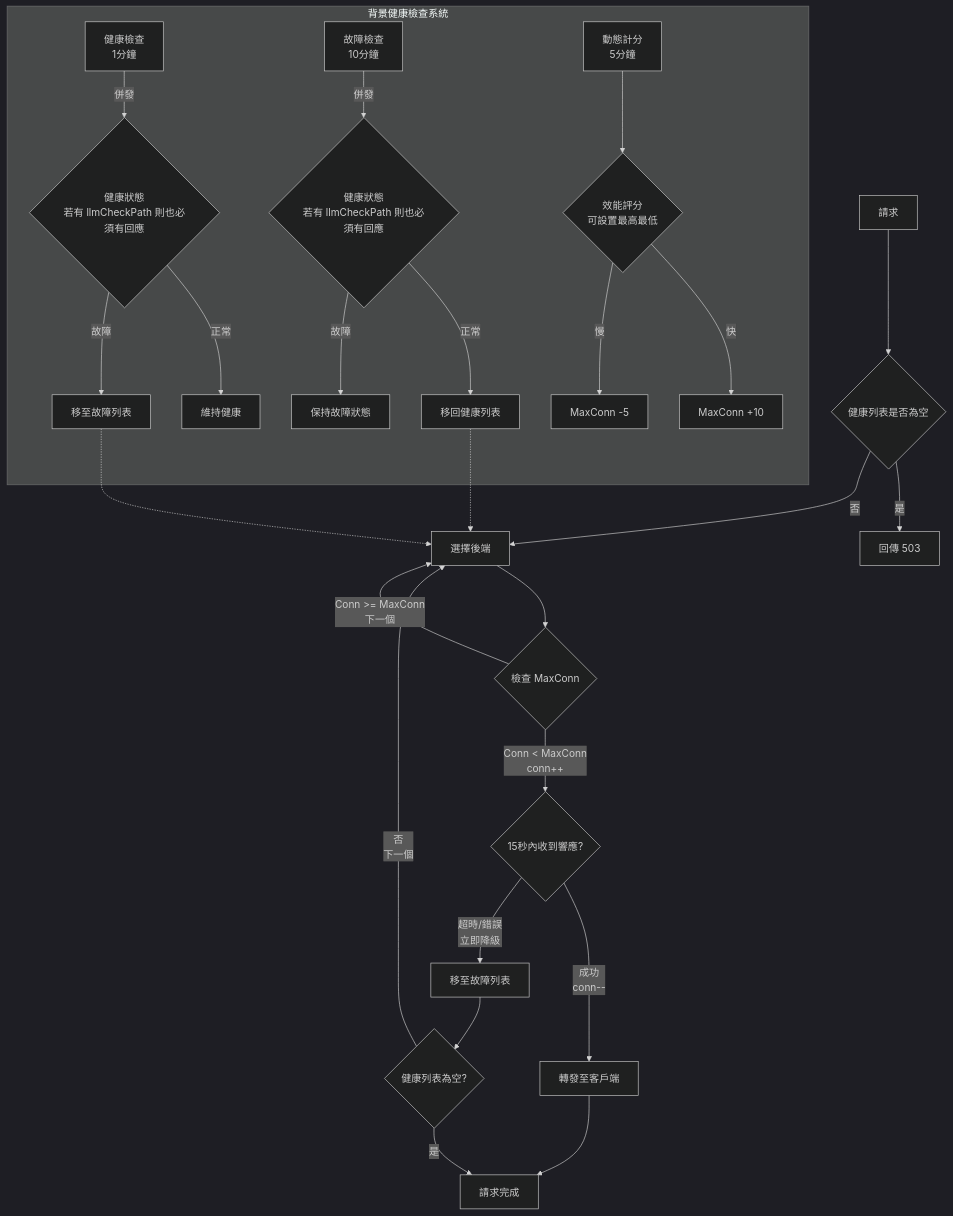
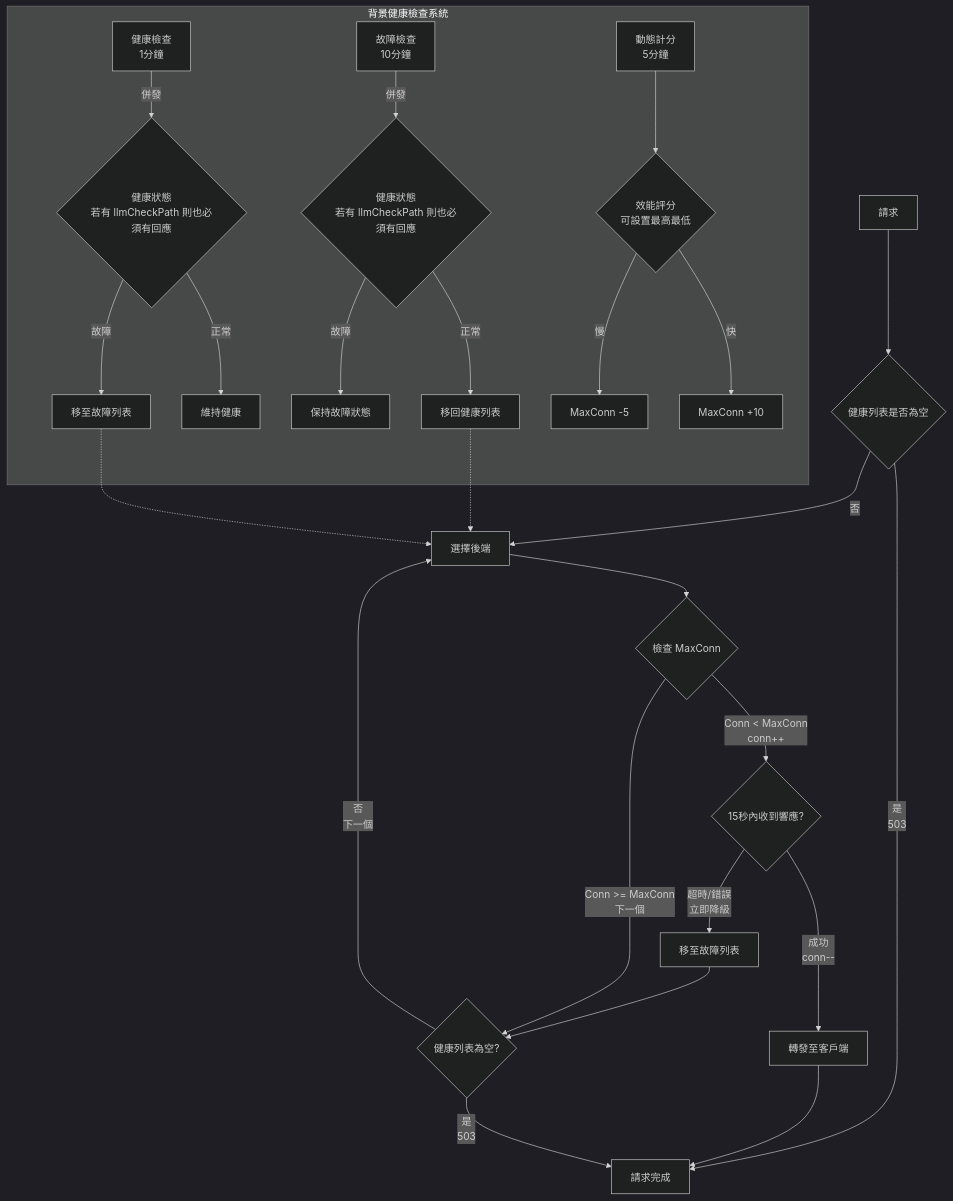
One commit to pardnchiu/LBARS changed the diagram in README.md. Above: the diagram before and after it, drawn with Mermaid (dark theme). The commit also changed other lines of this file, not shown here.

````diff
--- a/README.md
+++ b/README.md
@@ -12,40 +11,40 @@
 ```mermaid
 graph TD
  A[請求] --> B{健康列表是否為空}
- B -->|是| B1[回傳 503]
+ B -->|是<br>503| Z[請求完成]
  B -->|否| B2[選擇後端]
  
  B2 --> C{檢查 MaxConn}
  C -->|Conn < MaxConn<br>conn++| C1{15秒內收到響應?}
- C -->|Conn >= MaxConn<br>下一個| B2
+ C -->|Conn >= MaxConn<br>下一個| D
  
  C1 -->|成功<br/>conn--| C11[轉發至客戶端]
  C1 -->|超時/錯誤<br/>立即降級| C12[移至故障列表]
  
  C12 --> D{健康列表為空?}
  D -->|否<br>下一個| B2
- D -->|是| Z
+ D -->|是<br>503| Z
  
- C11 --> Z[請求完成]
+ C11 --> Z
  
  JJ -.-> B2
  NN -.-> B2
  
  subgraph "背景健康檢查系統"
  DD[健康檢查<br/>1分鐘]
  EE[故障檢查<br/>10分鐘]
  GG[動態計分<br/>5分鐘]
  
  DD -->|併發| HH{健康狀態<br>若有 llmCheckPath 則也必須有回應}
  HH -->|正常| II[維持健康]
  HH -->|故障| JJ[移至故障列表]
  
  EE -->|併發| LL{健康狀態<br>若有 llmCheckPath 則也必須有回應}
  LL -->|正常| NN[移回健康列表]
  LL -->|故障| OO[保持故障狀態]
  
  GG --> PP{效能評分<br>可設置最高最低}
  PP -->|快| QQ[MaxConn +10]
  PP -->|慢| RR[MaxConn -5]
  end
 ```
````
